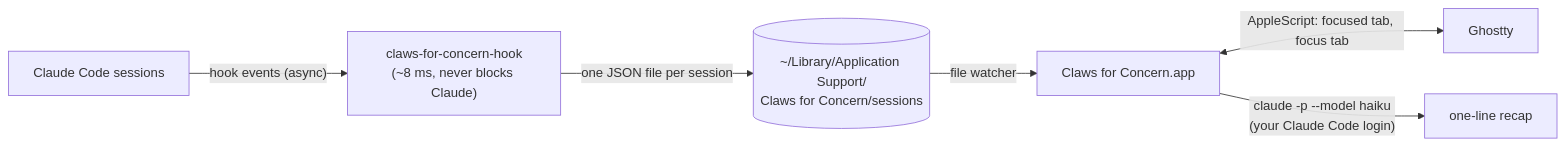
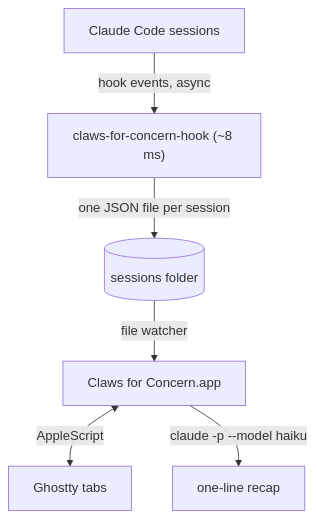
The diagram in README.md (patildhruv/claws-for-concern), drawn with Mermaid before and after one commit.

Commit message:
README: readable top-down diagram

````diff
--- a/README.md
+++ b/README.md
@@ -85,8 +85,8 @@
 ```mermaid
-flowchart LR
-    CC["Claude Code sessions"] -- "hook events (async)" --> H["claws-for-concern-hook<br/>(~8 ms, never blocks Claude)"]
-    H -- "one JSON file per session" --> S[("~/Library/Application Support/<br/>Claws for Concern/sessions")]
+flowchart TB
+    CC["Claude Code sessions"] -- "hook events, async" --> H["claws-for-concern-hook (~8 ms)"]
+    H -- "one JSON file per session" --> S[("sessions folder")]
     S -- "file watcher" --> A["Claws for Concern.app"]
-    A <-- "AppleScript: focused tab, focus tab" --> G["Ghostty"]
-    A -- "claude -p --model haiku<br/>(your Claude Code login)" --> R["one-line recap"]
+    A <-- "AppleScript" --> G["Ghostty tabs"]
+    A -- "claude -p --model haiku" --> R["one-line recap"]
 ```
````
